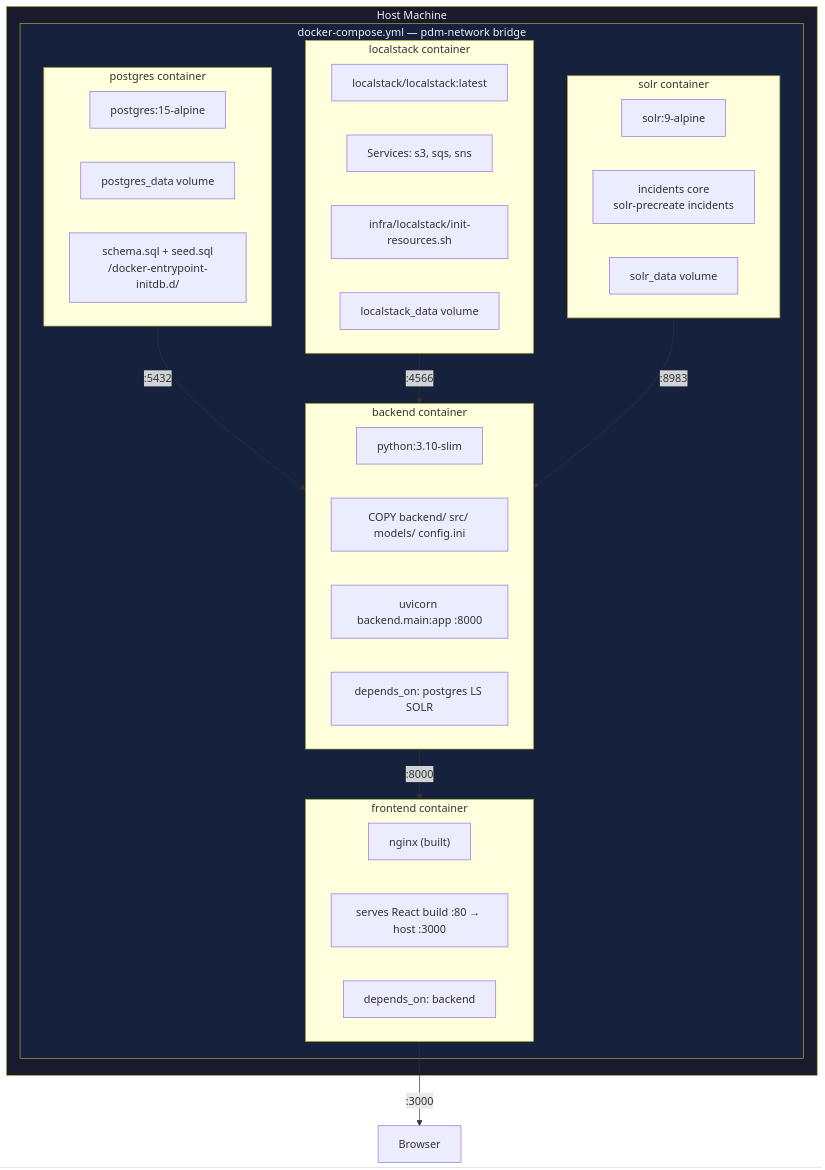
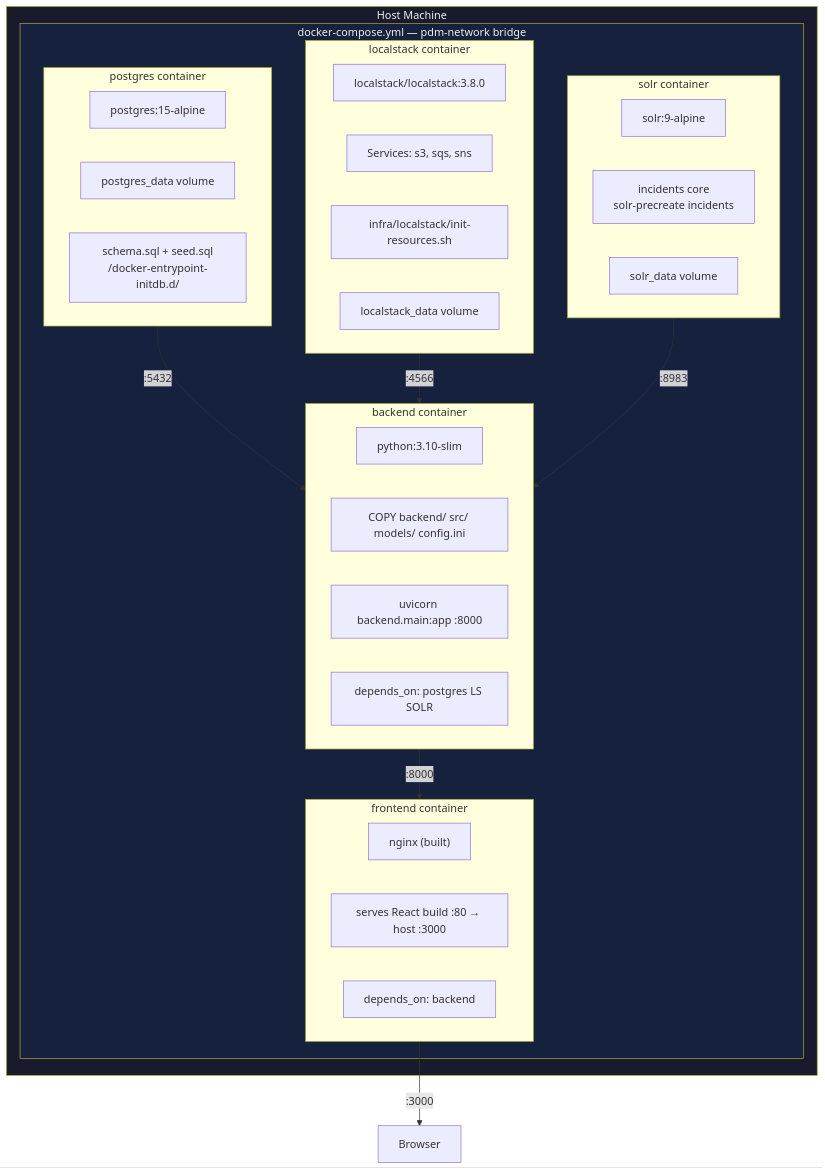
The diagram in docs/02-architecture/diagrams/deployment-diagram.mmd (piyushi-singhal/FixForesight), drawn with Mermaid before and after one commit. The commit also changed 28 other files, not shown here.

```diff
--- a/docs/02-architecture/diagrams/deployment-diagram.mmd
+++ b/docs/02-architecture/diagrams/deployment-diagram.mmd
@@ -1,45 +1,45 @@
 graph TB
     subgraph HOST["Host Machine"]
         subgraph COMPOSE["docker-compose.yml — pdm-network bridge"]
             subgraph PG_C["postgres container"]
                 PG_IMG["postgres:15-alpine"]
                 PG_VOL["postgres_data volume"]
                 PG_INIT["schema.sql + seed.sql<br/>/docker-entrypoint-initdb.d/"]
             end
 
             subgraph LS_C["localstack container"]
-                LS_IMG["localstack/localstack:latest"]
+                LS_IMG["localstack/localstack:3.8.0"]
                 LS_SVC["Services: s3, sqs, sns"]
                 LS_INIT["infra/localstack/init-resources.sh"]
                 LS_VOL["localstack_data volume"]
             end
 
             subgraph SOLR_C["solr container"]
                 SOLR_IMG["solr:9-alpine"]
                 SOLR_CORE["incidents core<br/>solr-precreate incidents"]
                 SOLR_VOL["solr_data volume"]
             end
 
             subgraph BE_C["backend container"]
                 BE_IMG["python:3.10-slim"]
                 BE_COPY["COPY backend/ src/ models/ config.ini"]
                 BE_CMD["uvicorn backend.main:app :8000"]
                 BE_DEP["depends_on: postgres LS SOLR"]
             end
 
             subgraph FE_C["frontend container"]
                 FE_IMG["nginx (built)"]
                 FE_CMD["serves React build :80 → host :3000"]
                 FE_DEP["depends_on: backend"]
             end
         end
     end
 
     PG_C -- ":5432" --> BE_C
     LS_C -- ":4566" --> BE_C
     SOLR_C -- ":8983" --> BE_C
     BE_C -- ":8000" --> FE_C
     FE_C -- ":3000" --> BROWSER["Browser"]
 
     style HOST fill:#1a1a2e,color:#eee
     style COMPOSE fill:#16213e,color:#eee
```
